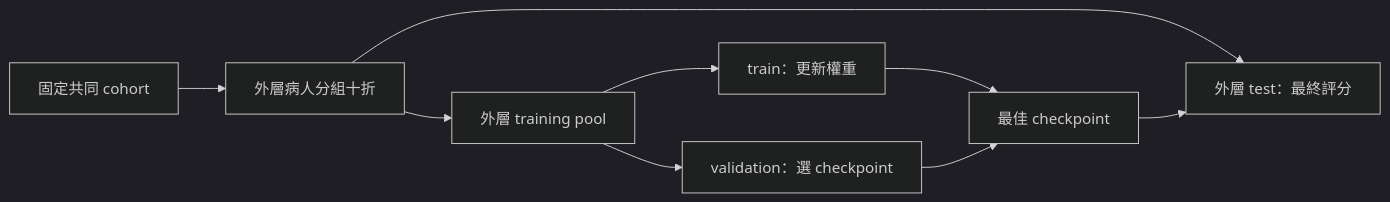
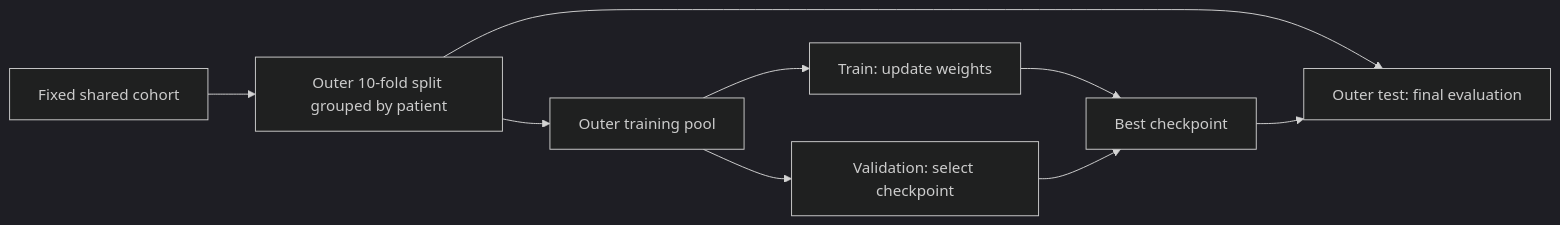
One commit to hgfabc/ERM-AI changed the diagram in new/README.md. Above: the diagram before and after it, drawn with Mermaid (dark theme). The commit also changed other lines of this file and 8 other files, not shown here.

````diff
--- a/new/README.md
+++ b/new/README.md
@@ -162,11 +162,11 @@
 ```mermaid
 flowchart LR
-    A[固定共同 cohort] --> B[外層病人分組十折]
-    B --> C[外層 training pool]
-    B --> D[外層 test：最終評分]
-    C --> E[train：更新權重]
-    C --> F[validation：選 checkpoint]
-    E --> G[最佳 checkpoint]
+    A[Fixed shared cohort] --> B[Outer 10-fold split grouped by patient]
+    B --> C[Outer training pool]
+    B --> D[Outer test: final evaluation]
+    C --> E[Train: update weights]
+    C --> F[Validation: select checkpoint]
+    E --> G[Best checkpoint]
     F --> G
     G --> D
 ```
````
